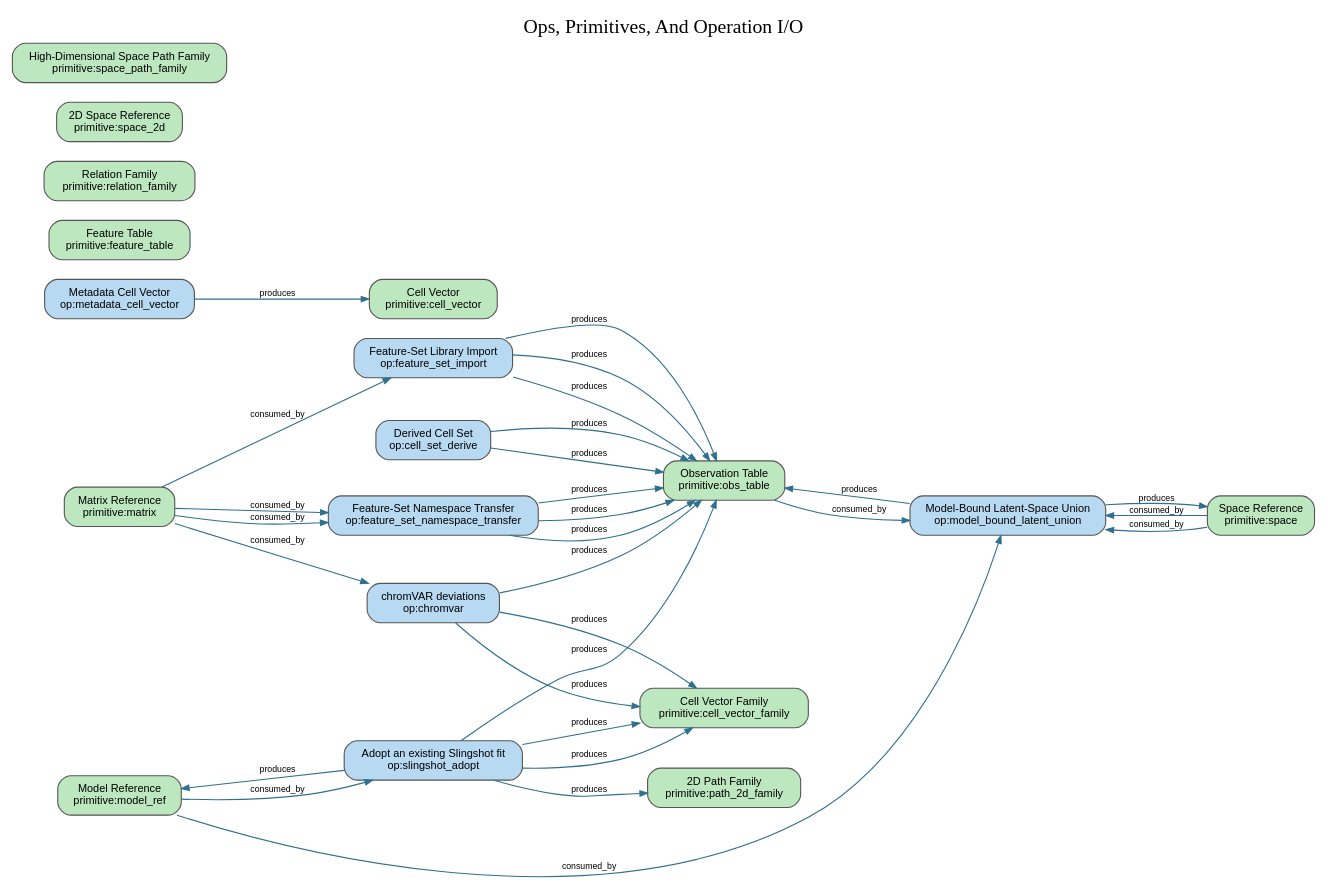
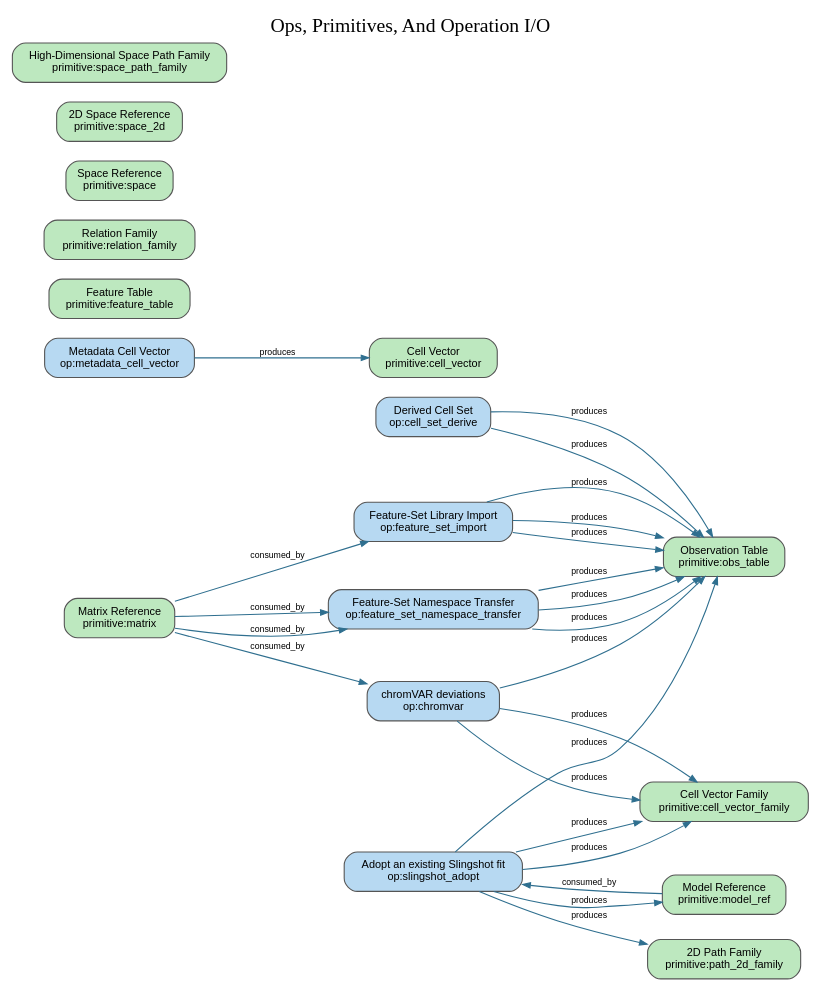
One commit to Tingvall/scworkbench changed the diagram in docs/semantic_graphs/semantic_graph_ops_primitives.dot. Above: the diagram before and after it, drawn with Graphviz. The commit also changed 46 other files, not shown here.

Commit message:
Add generic latent union grants and transfer core ownership

```diff
--- a/docs/semantic_graphs/semantic_graph_ops_primitives.dot
+++ b/docs/semantic_graphs/semantic_graph_ops_primitives.dot
@@ -1,54 +1,47 @@
 digraph scworkbench_semantic_graph {
   graph [rankdir=LR, overlap=false, splines=true, bgcolor="white"];
   node [shape=box, style="rounded,filled", fontname="Helvetica", fontsize=10, color="#555555"];
   edge [fontname="Helvetica", fontsize=8, arrowsize=0.7];
   label="Ops, Primitives, And Operation I/O";
   labelloc="t";
   fontsize=18;
   n1 [label="Derived Cell Set\nop:cell_set_derive", fillcolor="#b7d9f2"];
   n2 [label="chromVAR deviations\nop:chromvar", fillcolor="#b7d9f2"];
   n3 [label="Feature-Set Library Import\nop:feature_set_import", fillcolor="#b7d9f2"];
   n4 [label="Feature-Set Namespace Transfer\nop:feature_set_namespace_transfer", fillcolor="#b7d9f2"];
   n5 [label="Metadata Cell Vector\nop:metadata_cell_vector", fillcolor="#b7d9f2"];
-  n6 [label="Model-Bound Latent-Space Union\nop:model_bound_latent_union", fillcolor="#b7d9f2"];
-  n7 [label="Adopt an existing Slingshot fit\nop:slingshot_adopt", fillcolor="#b7d9f2"];
-  n8 [label="Cell Vector\nprimitive:cell_vector", fillcolor="#bde8bf"];
-  n9 [label="Cell Vector Family\nprimitive:cell_vector_family", fillcolor="#bde8bf"];
-  n10 [label="Feature Table\nprimitive:feature_table", fillcolor="#bde8bf"];
-  n11 [label="Matrix Reference\nprimitive:matrix", fillcolor="#bde8bf"];
-  n12 [label="Model Reference\nprimitive:model_ref", fillcolor="#bde8bf"];
-  n13 [label="Observation Table\nprimitive:obs_table", fillcolor="#bde8bf"];
-  n14 [label="2D Path Family\nprimitive:path_2d_family", fillcolor="#bde8bf"];
-  n15 [label="Relation Family\nprimitive:relation_family", fillcolor="#bde8bf"];
-  n16 [label="Space Reference\nprimitive:space", fillcolor="#bde8bf"];
-  n17 [label="2D Space Reference\nprimitive:space_2d", fillcolor="#bde8bf"];
-  n18 [label="High-Dimensional Space Path Family\nprimitive:space_path_family", fillcolor="#bde8bf"];
-  n11 -> n2 [label="consumed_by", color="#2f6f8f"];
-  n11 -> n3 [label="consumed_by", color="#2f6f8f"];
-  n11 -> n4 [label="consumed_by", color="#2f6f8f"];
-  n11 -> n4 [label="consumed_by", color="#2f6f8f"];
-  n12 -> n6 [label="consumed_by", color="#2f6f8f"];
-  n12 -> n7 [label="consumed_by", color="#2f6f8f"];
-  n13 -> n6 [label="consumed_by", color="#2f6f8f"];
-  n16 -> n6 [label="consumed_by", color="#2f6f8f"];
-  n16 -> n6 [label="consumed_by", color="#2f6f8f"];
-  n1 -> n13 [label="produces", color="#2f6f8f"];
-  n1 -> n13 [label="produces", color="#2f6f8f"];
-  n2 -> n9 [label="produces", color="#2f6f8f"];
-  n2 -> n9 [label="produces", color="#2f6f8f"];
-  n2 -> n13 [label="produces", color="#2f6f8f"];
-  n3 -> n13 [label="produces", color="#2f6f8f"];
-  n3 -> n13 [label="produces", color="#2f6f8f"];
-  n3 -> n13 [label="produces", color="#2f6f8f"];
-  n4 -> n13 [label="produces", color="#2f6f8f"];
-  n4 -> n13 [label="produces", color="#2f6f8f"];
-  n4 -> n13 [label="produces", color="#2f6f8f"];
-  n5 -> n8 [label="produces", color="#2f6f8f"];
+  n6 [label="Adopt an existing Slingshot fit\nop:slingshot_adopt", fillcolor="#b7d9f2"];
+  n7 [label="Cell Vector\nprimitive:cell_vector", fillcolor="#bde8bf"];
+  n8 [label="Cell Vector Family\nprimitive:cell_vector_family", fillcolor="#bde8bf"];
+  n9 [label="Feature Table\nprimitive:feature_table", fillcolor="#bde8bf"];
+  n10 [label="Matrix Reference\nprimitive:matrix", fillcolor="#bde8bf"];
+  n11 [label="Model Reference\nprimitive:model_ref", fillcolor="#bde8bf"];
+  n12 [label="Observation Table\nprimitive:obs_table", fillcolor="#bde8bf"];
+  n13 [label="2D Path Family\nprimitive:path_2d_family", fillcolor="#bde8bf"];
+  n14 [label="Relation Family\nprimitive:relation_family", fillcolor="#bde8bf"];
+  n15 [label="Space Reference\nprimitive:space", fillcolor="#bde8bf"];
+  n16 [label="2D Space Reference\nprimitive:space_2d", fillcolor="#bde8bf"];
+  n17 [label="High-Dimensional Space Path Family\nprimitive:space_path_family", fillcolor="#bde8bf"];
+  n10 -> n2 [label="consumed_by", color="#2f6f8f"];
+  n10 -> n3 [label="consumed_by", color="#2f6f8f"];
+  n10 -> n4 [label="consumed_by", color="#2f6f8f"];
+  n10 -> n4 [label="consumed_by", color="#2f6f8f"];
+  n11 -> n6 [label="consumed_by", color="#2f6f8f"];
+  n1 -> n12 [label="produces", color="#2f6f8f"];
+  n1 -> n12 [label="produces", color="#2f6f8f"];
+  n2 -> n8 [label="produces", color="#2f6f8f"];
+  n2 -> n8 [label="produces", color="#2f6f8f"];
+  n2 -> n12 [label="produces", color="#2f6f8f"];
+  n3 -> n12 [label="produces", color="#2f6f8f"];
+  n3 -> n12 [label="produces", color="#2f6f8f"];
+  n3 -> n12 [label="produces", color="#2f6f8f"];
+  n4 -> n12 [label="produces", color="#2f6f8f"];
+  n4 -> n12 [label="produces", color="#2f6f8f"];
+  n4 -> n12 [label="produces", color="#2f6f8f"];
+  n5 -> n7 [label="produces", color="#2f6f8f"];
+  n6 -> n8 [label="produces", color="#2f6f8f"];
+  n6 -> n8 [label="produces", color="#2f6f8f"];
+  n6 -> n11 [label="produces", color="#2f6f8f"];
+  n6 -> n12 [label="produces", color="#2f6f8f"];
   n6 -> n13 [label="produces", color="#2f6f8f"];
-  n6 -> n16 [label="produces", color="#2f6f8f"];
-  n7 -> n9 [label="produces", color="#2f6f8f"];
-  n7 -> n9 [label="produces", color="#2f6f8f"];
-  n7 -> n12 [label="produces", color="#2f6f8f"];
-  n7 -> n13 [label="produces", color="#2f6f8f"];
-  n7 -> n14 [label="produces", color="#2f6f8f"];
 }
```
